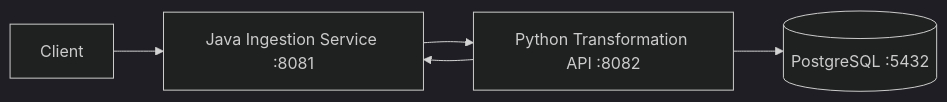
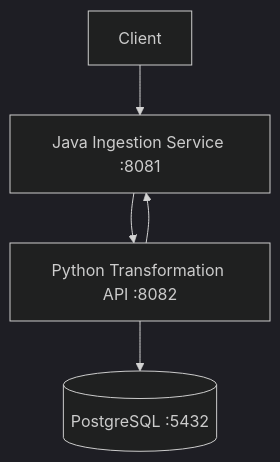
One commit to nikmar0808/enterprise-integration-azure changed the first of 2 diagrams in README_AZURE.md. Above: the diagram before and after it, drawn with Mermaid (dark theme). The commit also changed other lines of this file and 32 other files, not shown here.

````diff
--- a/README_AZURE.md
+++ b/README_AZURE.md
@@ -11,7 +9,12 @@
 ```mermaid
-flowchart LR
-    Client[Client] --> Java[Java Ingestion Service :8081]
-    Java --> Python[Python Transformation API :8082]
-    Python --> DB[(PostgreSQL :5432)]
+flowchart TB
+    Client[Client]
+    Java[Java Ingestion Service :8081]
+    Python[Python Transformation API :8082]
+    DB[(PostgreSQL :5432)]
+
+    Client --> Java
+    Java --> Python
+    Python --> DB
     Python --> Java
 ```
````
